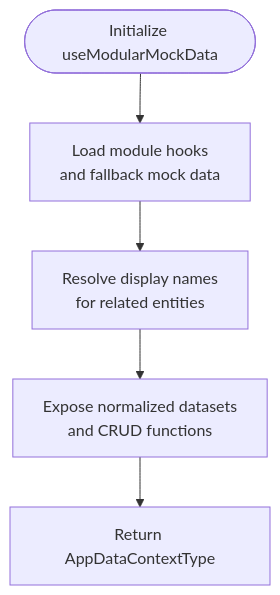
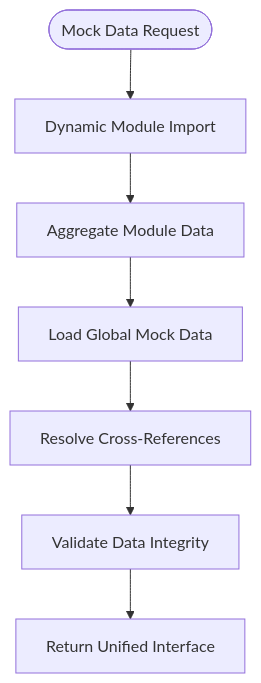
One commit to geniusdynamics/schoolpilot changed the third of 4 diagrams in .qoder/repowiki/en/content/Mock Data Dev Guide.md. Above: the diagram before and after it, drawn with Mermaid. The commit also changed other lines of this file and 16 other files, not shown here.

````diff
--- a/.qoder/repowiki/en/content/Mock Data Dev Guide.md
+++ b/.qoder/repowiki/en/content/Mock Data Dev Guide.md
@@ -136,7 +120,9 @@
 ```mermaid
 flowchart TD
-Start(["Initialize useModularMockData"]) --> LoadHooks["Load module hooks<br/>and fallback mock data"]
-LoadHooks --> ResolveNames["Resolve display names<br/>for related entities"]
-ResolveNames --> ExposeData["Expose normalized datasets<br/>and CRUD functions"]
-ExposeData --> ReturnContext["Return AppDataContextType"]
+Start(["Mock Data Request"]) --> Dynamic["Dynamic Module Import"]
+Dynamic --> Aggregate["Aggregate Module Data"]
+Aggregate --> Global["Load Global Mock Data"]
+Global --> Resolve["Resolve Cross-References"]
+Resolve --> Validate["Validate Data Integrity"]
+Validate --> Return["Return Unified Interface"]
 ```
````
